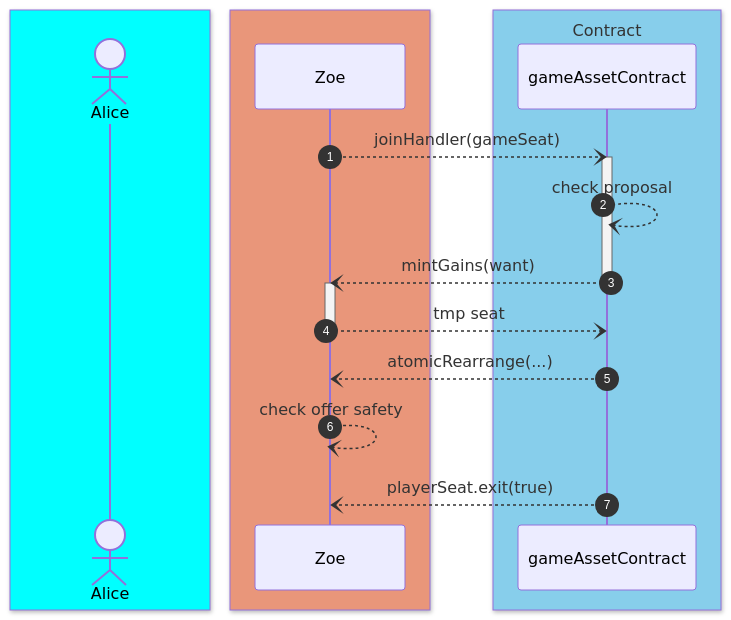
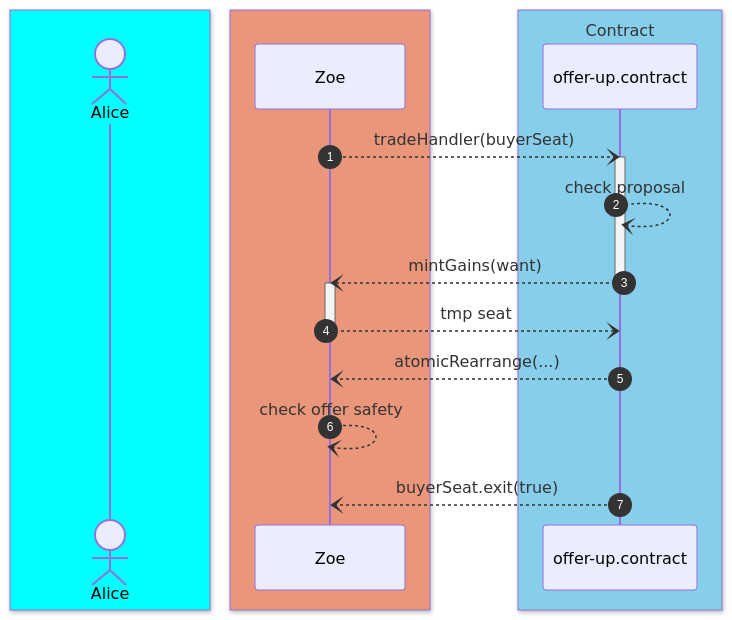
The diagram in main/guides/zoe/assets/trade-offer-safety-4.mmd (Agoric/documentation), drawn with Mermaid before and after one commit. The commit also changed 9 other files, not shown here.

Commit message:
docs: update mermaid diagrams

```diff
--- a/main/guides/zoe/assets/trade-offer-safety-4.mmd
+++ b/main/guides/zoe/assets/trade-offer-safety-4.mmd
@@ -1,28 +1,28 @@
 sequenceDiagram
   autonumber
 
   box aqua
   actor A as Alice
   end
 
   box darksalmon
   participant Zoe
   end
 
   box skyblue Contract
-  participant C as gameAssetContract
+  participant C as offer-up.contract
   end
 
-    Zoe--)C: joinHandler(gameSeat)
+    Zoe--)C: tradeHandler(buyerSeat)
     activate C
     C--)C: check proposal
     C--)Zoe: mintGains(want)
     deactivate C
     activate Zoe
     Zoe--)-C: tmp seat
 
     C--)Zoe: atomicRearrange(...)
 
     Zoe--)Zoe: check offer safety
 
-    C--)Zoe: playerSeat.exit(true)
+    C--)Zoe: buyerSeat.exit(true)
```
